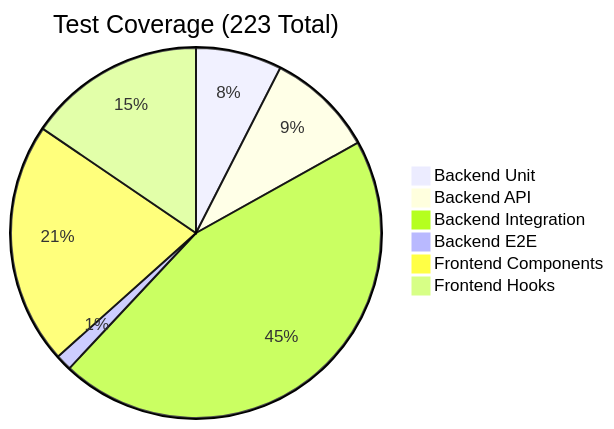
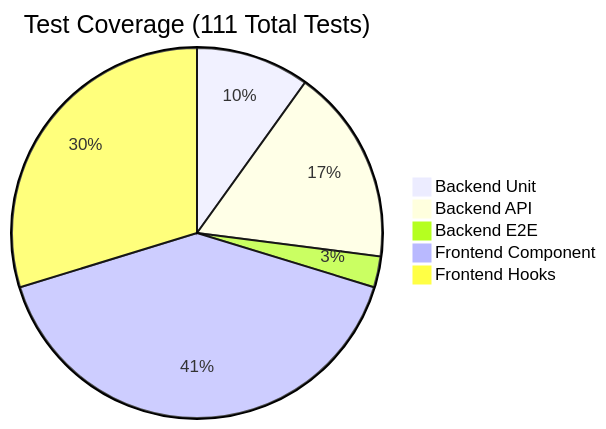
Before and after one commit to ggustin93/emg-c3d-analyzer: the diagram in docusaurus/docs/testing/overview.md, drawn with Mermaid. The commit also changed other lines of this file and 13 other files, not shown here.

````diff
--- a/docusaurus/docs/testing/overview.md
+++ b/docusaurus/docs/testing/overview.md
@@ -12,9 +12,8 @@
 ```mermaid
-pie title Test Coverage (223 Total)
-    "Backend Unit" : 16
-    "Backend API" : 20
-    "Backend Integration" : 96
+pie title Test Coverage (111 Total Tests)
+    "Backend Unit" : 11
+    "Backend API" : 19
     "Backend E2E" : 3
-    "Frontend Components" : 45
+    "Frontend Component" : 45
     "Frontend Hooks" : 33
 ```
````
